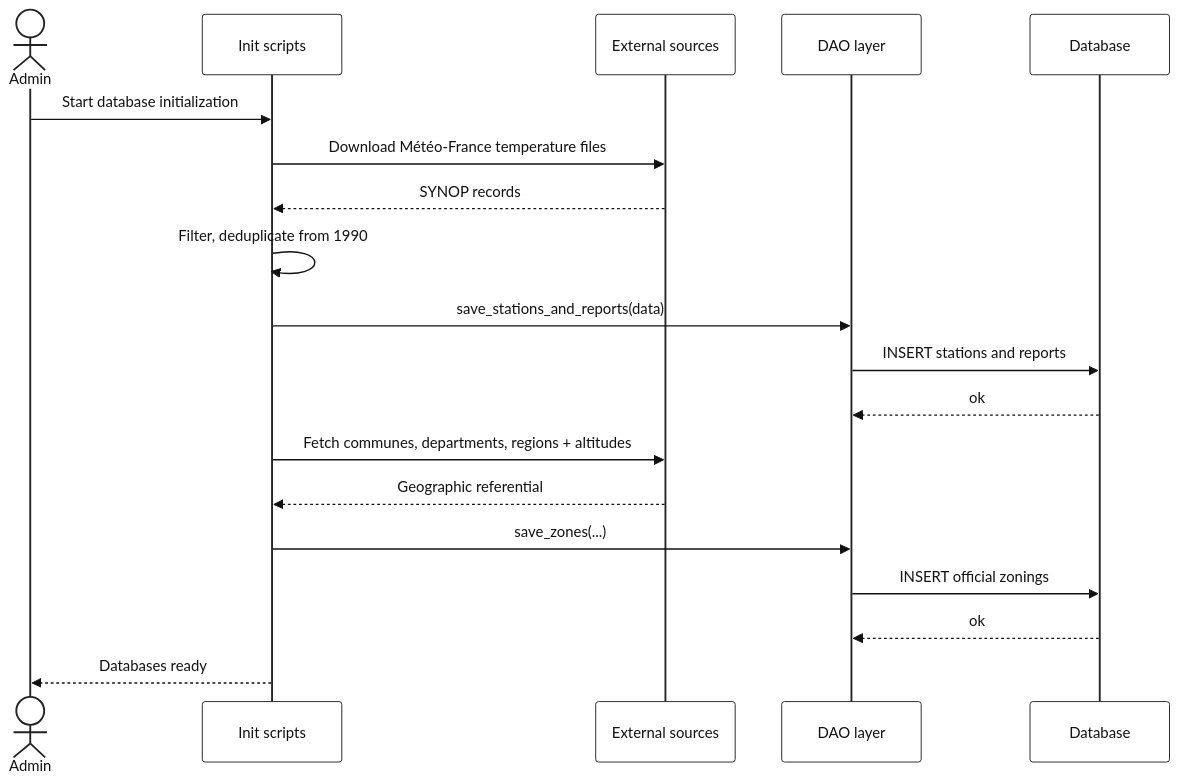
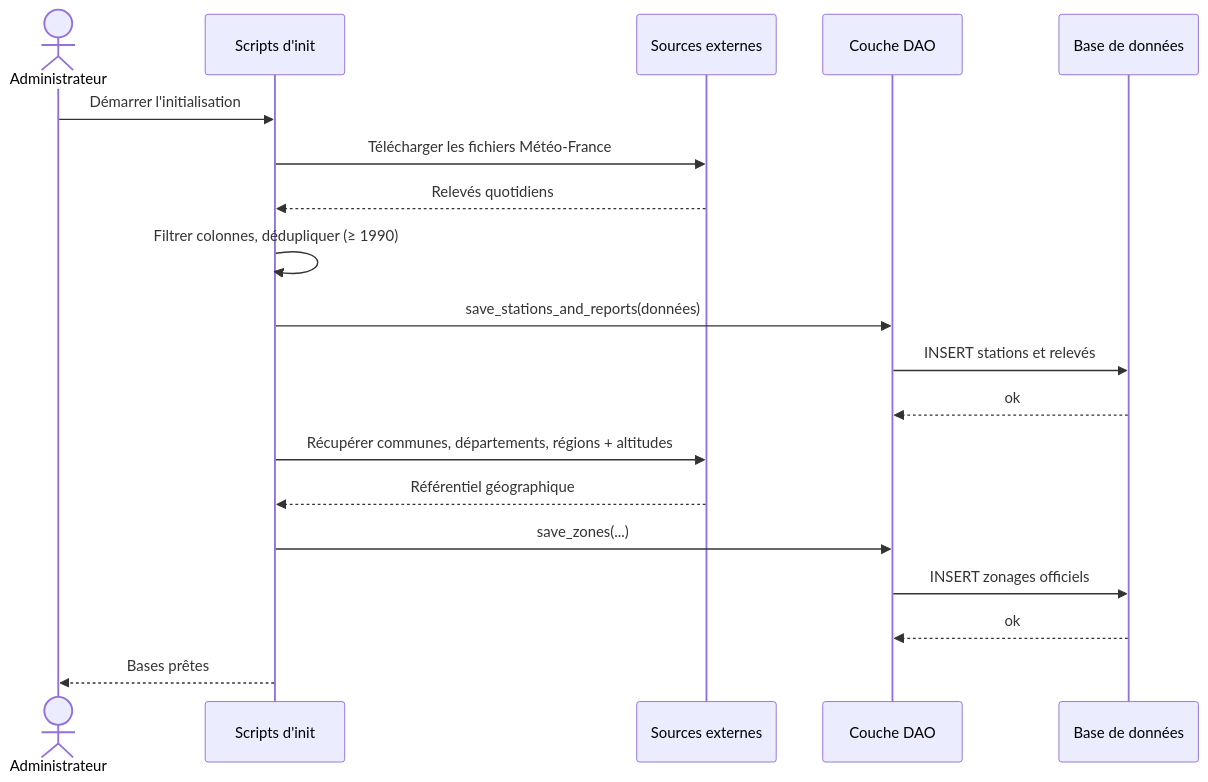
Before and after one commit to gabriel-dahan/ensai-it-project-2a-team12: the first of 8 diagrams in doc/sequence_diagram.md, drawn with Mermaid. The commit also changed other lines of this file and 29 other files, not shown here.

Commit message:
New diagrams & reporr

````diff
--- a/doc/sequence_diagram.md
+++ b/doc/sequence_diagram.md
@@ -14,59 +14,25 @@
 ```mermaid
-%%{
-  init: {
-    "theme": "base",
-    "themeVariables": {
-      "background": "#ffffff",
-      "mainBkg": "#ffffff",
-      "textColor": "#111111",
-      "primaryColor": "#ffffff",
-      "primaryTextColor": "#111111",
-      "primaryBorderColor": "#222222",
-      "secondaryColor": "#f3f4f6",
-      "tertiaryColor": "#ffffff",
-      "lineColor": "#222222",
-      "actorBkg": "#ffffff",
-      "actorBorder": "#222222",
-      "actorTextColor": "#111111",
-      "actorLineColor": "#222222",
-      "signalColor": "#111111",
-      "signalTextColor": "#111111",
-      "labelBoxBkgColor": "#ffffff",
-      "labelBoxBorderColor": "#222222",
-      "labelTextColor": "#111111",
-      "loopTextColor": "#111111",
-      "noteBkgColor": "#fff3cd",
-      "noteTextColor": "#111111",
-      "noteBorderColor": "#222222",
-      "activationBkgColor": "#e5e7eb",
-      "activationBorderColor": "#222222",
-      "sequenceNumberColor": "#ffffff",
-      "fontFamily": "arial",
-      "fontSize": "16px"
-    }
-  }
-}%%
 sequenceDiagram
-    actor Admin
-    participant Init as Init scripts
-    participant Ext as External sources
-    participant DAO as DAO layer
-    participant DB as Database
+    actor Admin as Administrateur
+    participant Init as Scripts d'init
+    participant Ext as Sources externes
+    participant DAO as Couche DAO
+    participant DB as Base de données
 
-    Admin->>Init: Start database initialization
+    Admin->>Init: Démarrer l'initialisation
 
-    Init->>Ext: Download Météo-France temperature files
-    Ext-->>Init: SYNOP records
-    Init->>Init: Filter, deduplicate from 1990
-    Init->>DAO: save_stations_and_reports(data)
-    DAO->>DB: INSERT stations and reports
+    Init->>Ext: Télécharger les fichiers Météo-France
+    Ext-->>Init: Relevés quotidiens
+    Init->>Init: Filtrer colonnes, dédupliquer (≥ 1990)
+    Init->>DAO: save_stations_and_reports(données)
+    DAO->>DB: INSERT stations et relevés
     DB-->>DAO: ok
 
-    Init->>Ext: Fetch communes, departments, regions + altitudes
-    Ext-->>Init: Geographic referential
+    Init->>Ext: Récupérer communes, départements, régions + altitudes
+    Ext-->>Init: Référentiel géographique
     Init->>DAO: save_zones(...)
-    DAO->>DB: INSERT official zonings
+    DAO->>DB: INSERT zonages officiels
     DB-->>DAO: ok
 
-    Init-->>Admin: Databases ready
+    Init-->>Admin: Bases prêtes
 ```
````
